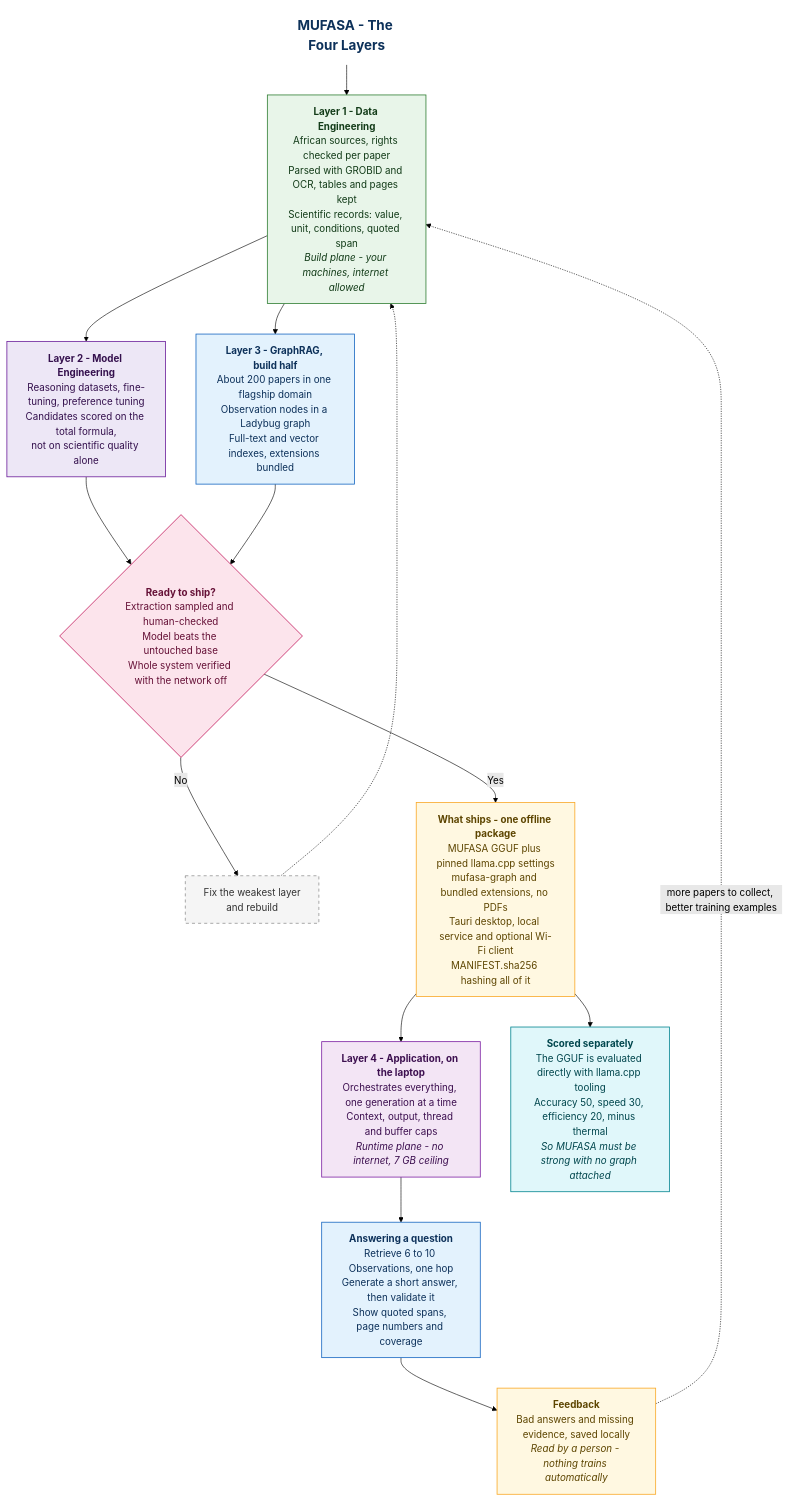
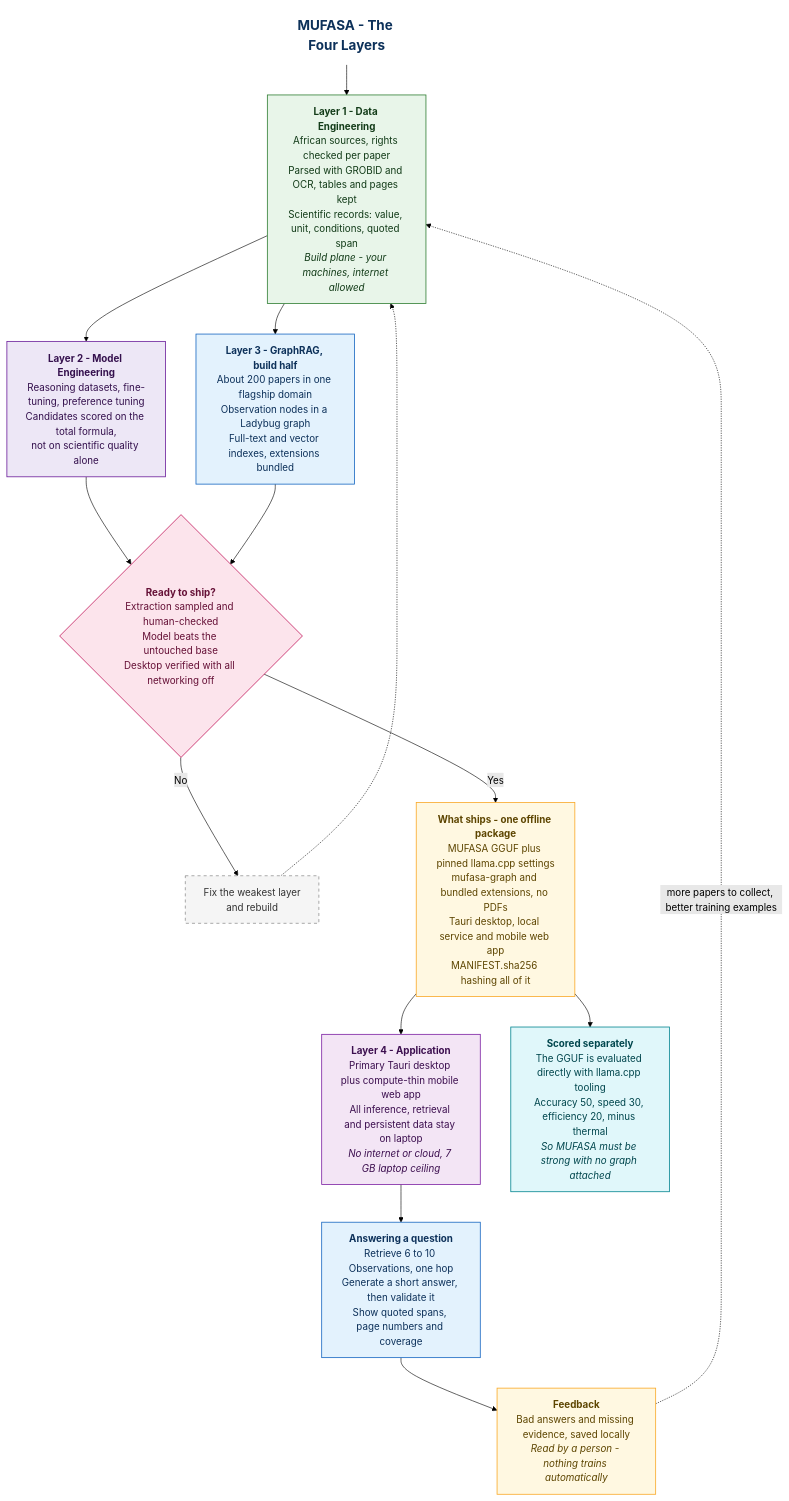
One commit to Otto-Destiny/mufasa changed the diagram in system-architecture.md. Above: the diagram before and after it, drawn with Mermaid (forest theme). The commit also changed other lines of this file and 9 other files, not shown here.

````diff
--- a/system-architecture.md
+++ b/system-architecture.md
@@ -129,44 +130,44 @@
 ```mermaid
 flowchart TB
     classDef title fill:#FFFFFF,stroke:#FFFFFF,color:#0D315A,font-size:22px,font-weight:bold;
     classDef source fill:#E8F5E9,stroke:#2E7D32,color:#123B18,stroke-width:1.3px;
     classDef process fill:#E3F2FD,stroke:#1565C0,color:#0D315A,stroke-width:1.3px;
     classDef artifact fill:#FFF8E1,stroke:#F9A825,color:#5D4500,stroke-width:1.3px;
     classDef gate fill:#FCE4EC,stroke:#C2185B,color:#651036,stroke-width:1.3px;
     classDef train fill:#EDE7F6,stroke:#6A1B9A,color:#34104D,stroke-width:1.3px;
     classDef eval fill:#E0F7FA,stroke:#00838F,color:#00464D,stroke-width:1.3px;
     classDef deploy fill:#F3E5F5,stroke:#7B1FA2,color:#3C0F4F,stroke-width:1.3px;
     classDef reject fill:#F5F5F5,stroke:#757575,color:#333,stroke-dasharray:5 5;
 
     TITLE["MUFASA - The Four Layers"]:::title
 
     L1["<b>Layer 1 - Data Engineering</b><br/>African sources, rights checked per paper<br/>Parsed with GROBID and OCR, tables and pages kept<br/>Scientific records: value, unit, conditions, quoted span<br/><i>Build plane - your machines, internet allowed</i>"]:::source
 
     L2["<b>Layer 2 - Model Engineering</b><br/>Reasoning datasets, fine-tuning, preference tuning<br/>Candidates scored on the total formula,<br/>not on scientific quality alone"]:::train
 
     L3["<b>Layer 3 - GraphRAG, build half</b><br/>About 200 papers in one flagship domain<br/>Observation nodes in a Ladybug graph<br/>Full-text and vector indexes, extensions bundled"]:::process
 
-    GATE{"<b>Ready to ship?</b><br/>Extraction sampled and human-checked<br/>Model beats the untouched base<br/>Whole system verified with the network off"}:::gate
+    GATE{"<b>Ready to ship?</b><br/>Extraction sampled and human-checked<br/>Model beats the untouched base<br/>Desktop verified with all networking off"}:::gate
 
     REDO["Fix the weakest layer<br/>and rebuild"]:::reject
 
-    SHIP["<b>What ships - one offline package</b><br/>MUFASA GGUF plus pinned llama.cpp settings<br/>mufasa-graph and bundled extensions, no PDFs<br/>Tauri desktop, local service and optional Wi-Fi client<br/>MANIFEST.sha256 hashing all of it"]:::artifact
+    SHIP["<b>What ships - one offline package</b><br/>MUFASA GGUF plus pinned llama.cpp settings<br/>mufasa-graph and bundled extensions, no PDFs<br/>Tauri desktop, local service and mobile web app<br/>MANIFEST.sha256 hashing all of it"]:::artifact
 
-    L4["<b>Layer 4 - Application, on the laptop</b><br/>Orchestrates everything, one generation at a time<br/>Context, output, thread and buffer caps<br/><i>Runtime plane - no internet, 7 GB ceiling</i>"]:::deploy
+    L4["<b>Layer 4 - Application</b><br/>Primary Tauri desktop plus compute-thin mobile web app<br/>All inference, retrieval and persistent data stay on laptop<br/><i>No internet or cloud, 7 GB laptop ceiling</i>"]:::deploy
 
     RUN["<b>Answering a question</b><br/>Retrieve 6 to 10 Observations, one hop<br/>Generate a short answer, then validate it<br/>Show quoted spans, page numbers and coverage"]:::process
 
     JUDGE["<b>Scored separately</b><br/>The GGUF is evaluated directly with llama.cpp tooling<br/>Accuracy 50, speed 30, efficiency 20, minus thermal<br/><i>So MUFASA must be strong with no graph attached</i>"]:::eval
 
     FEED["<b>Feedback</b><br/>Bad answers and missing evidence, saved locally<br/><i>Read by a person - nothing trains automatically</i>"]:::artifact
 
     TITLE --> L1
     L1 --> L2 --> GATE
     L1 --> L3 --> GATE
     GATE -- "Yes" --> SHIP
     GATE -- "No" --> REDO
     REDO -.-> L1
     SHIP --> L4 --> RUN --> FEED
     SHIP --> JUDGE
     FEED -. "more papers to collect, better training examples" .-> L1
 ```
````
